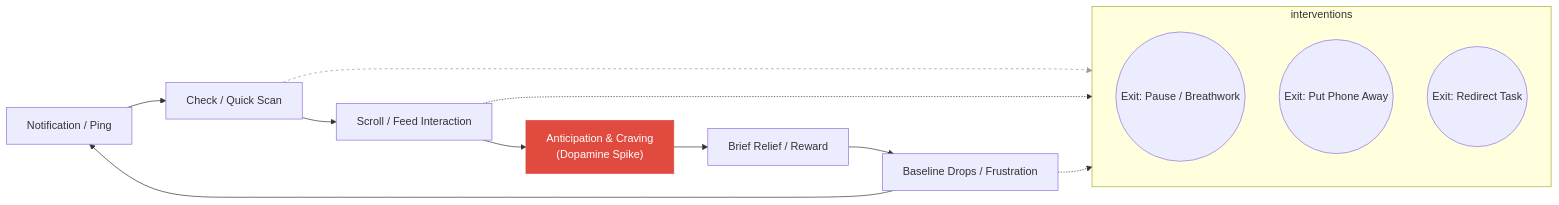
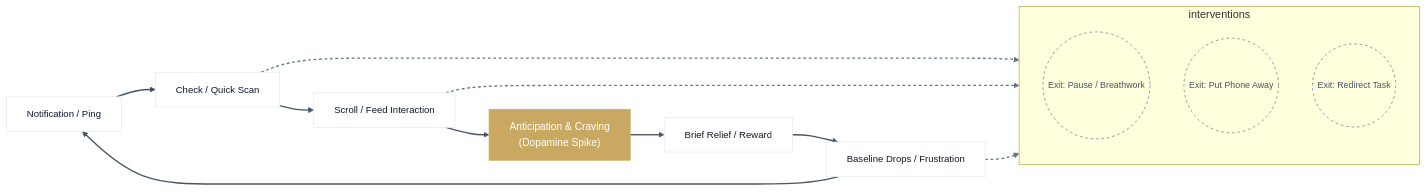
One commit to BenWassa/dukkha changed the diagram in notes/ping_scroll.mmd. Above: the diagram before and after it, drawn with Mermaid. The commit also changed 3 other files, not shown here.

First line of the commit message:
Add flowchart illustrating notification and interaction loop with intervention options

```diff
--- a/notes/ping_scroll.mmd
+++ b/notes/ping_scroll.mmd
@@ -1,35 +1,51 @@
 %% Ping/Scroll Loop - Mermaid prototype
 %% Place this file in Figma or export to SVG with mermaid-cli (mmdc)
 
 flowchart LR
   %% Nodes around the loop
   A["Notification / Ping"] --> B["Check / Quick Scan"]
   B --> C["Scroll / Feed Interaction"]
   C --> D["Anticipation & Craving<br>(Dopamine Spike)"]
   D --> E["Brief Relief / Reward"]
   E --> F["Baseline Drops / Frustration"]
   F --> A
 
   %% Intervention off-ramps (outside the main loop)
   subgraph interventions
     direction TB
     X1(("Exit: Pause / Breathwork"))
     X2(("Exit: Put Phone Away"))
     X3(("Exit: Redirect Task"))
   end
 
   %% Dashed connections from loop to interventions
   B -.-> X1
   C -.-> X2
   F -.-> X3
 
-  %% Styling: mark the dopamine node and dashed lines
-  classDef accent fill:#e04a3f,stroke:#e04a3f,color:#ffffff,stroke-width:1px;
-  classDef muted stroke-dasharray: 4 4,stroke:#999,color:#333;
+  %% Styling: use project tokens (hex values from variables.css)
+  %% nodeBase: neutral nodes; nodeAccent: dopamine node; offRamp: intervention pills; arrow styling via linkStyle
+  classDef nodeBase fill:#ffffff,stroke:#e2e8f0,stroke-width:1px,color:#0f172a,font-size:14px
+  classDef nodeAccent fill:#c9a961,stroke:#c9a961,stroke-width:1px,color:#ffffff,font-size:15px
+  classDef offRamp fill:transparent,stroke:#64748b,stroke-dasharray:4 4,color:#475569,font-size:13px
 
-  class D accent
-  linkStyle 6 stroke-dasharray: 4 4,stroke:#999
+  %% assign classes to nodes
+  class A,B,C,E,F nodeBase
+  class D nodeAccent
+  class X1,X2,X3 offRamp
+
+  %% Link styles: main loop links 0..5, off-ramps 6..8
+  linkStyle 0 stroke:#475569,stroke-width:2px
+  linkStyle 1 stroke:#475569,stroke-width:2px
+  linkStyle 2 stroke:#475569,stroke-width:2px
+  linkStyle 3 stroke:#475569,stroke-width:2px
+  linkStyle 4 stroke:#475569,stroke-width:2px
+  linkStyle 5 stroke:#475569,stroke-width:2px
+
+  linkStyle 6 stroke:#64748b,stroke-width:2px,stroke-dasharray:4 4
+  linkStyle 7 stroke:#64748b,stroke-width:2px,stroke-dasharray:4 4
+  linkStyle 8 stroke:#64748b,stroke-width:2px,stroke-dasharray:4 4
 
   %% Notes:
   %% - When exporting to SVG and importing into Figma, convert styled text to editable text and restyle fills with your CSS variables.
   %% - The numbered linkStyle refers to the 0-based index of links; adjust after export if needed.
```
